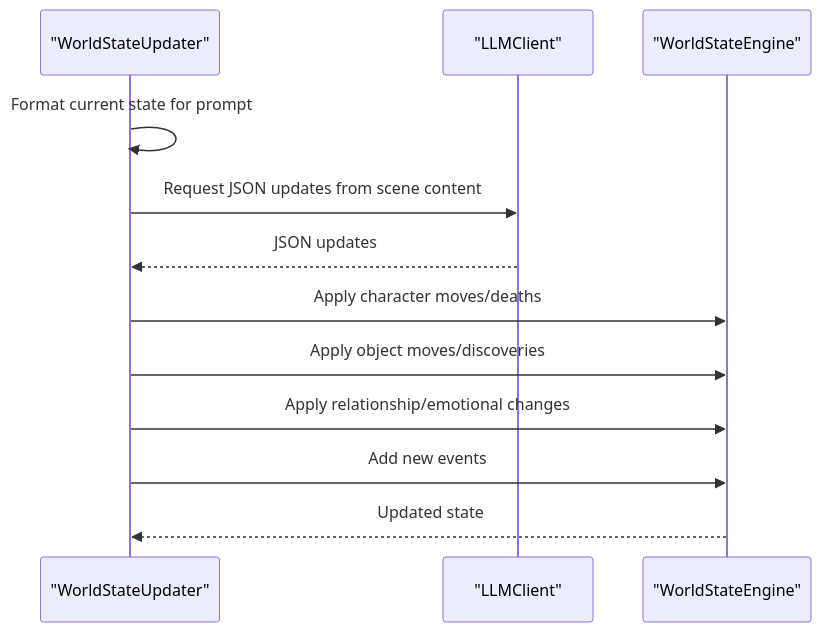
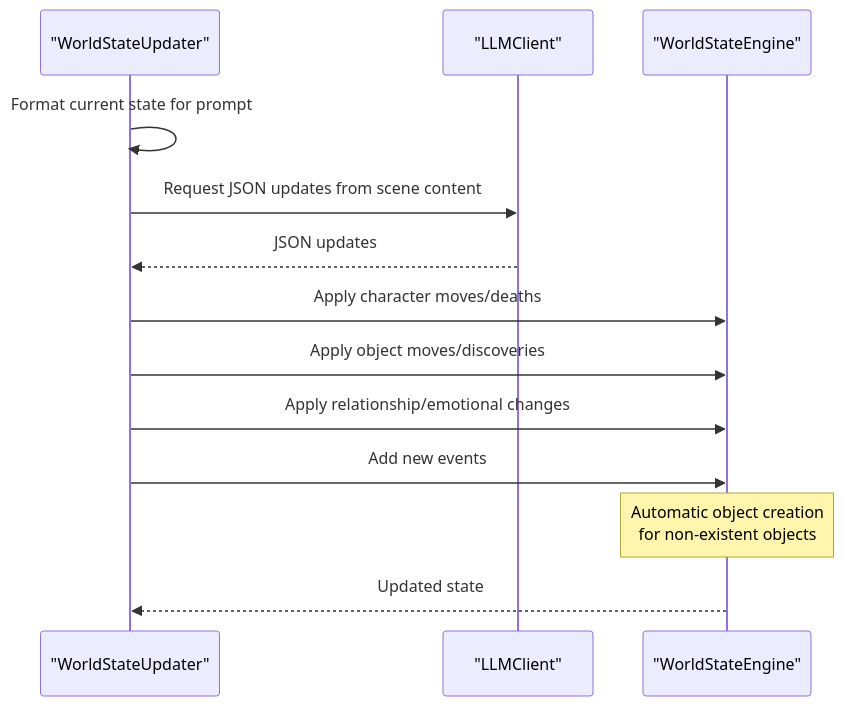
The seventh of 9 diagrams in .qoder/repowiki/en/content/Engine Architecture/World State Engine.md (liwonder/NARRITIVE_OS), drawn with Mermaid before and after one commit. The commit also changed other lines of this file and 14 other files, not shown here.

````diff
--- a/.qoder/repowiki/en/content/Engine Architecture/World State Engine.md
+++ b/.qoder/repowiki/en/content/Engine Architecture/World State Engine.md
@@ -315,14 +335,15 @@
 ```mermaid
 sequenceDiagram
 participant WSU as "WorldStateUpdater"
 participant LLM as "LLMClient"
 participant WSE as "WorldStateEngine"
 WSU->>WSU : Format current state for prompt
 WSU->>LLM : Request JSON updates from scene content
 LLM-->>WSU : JSON updates
 WSU->>WSE : Apply character moves/deaths
 WSU->>WSE : Apply object moves/discoveries
 WSU->>WSE : Apply relationship/emotional changes
 WSU->>WSE : Add new events
+Note over WSE : Automatic object creation<br/>for non-existent objects
 WSE-->>WSU : Updated state
 ```
````
